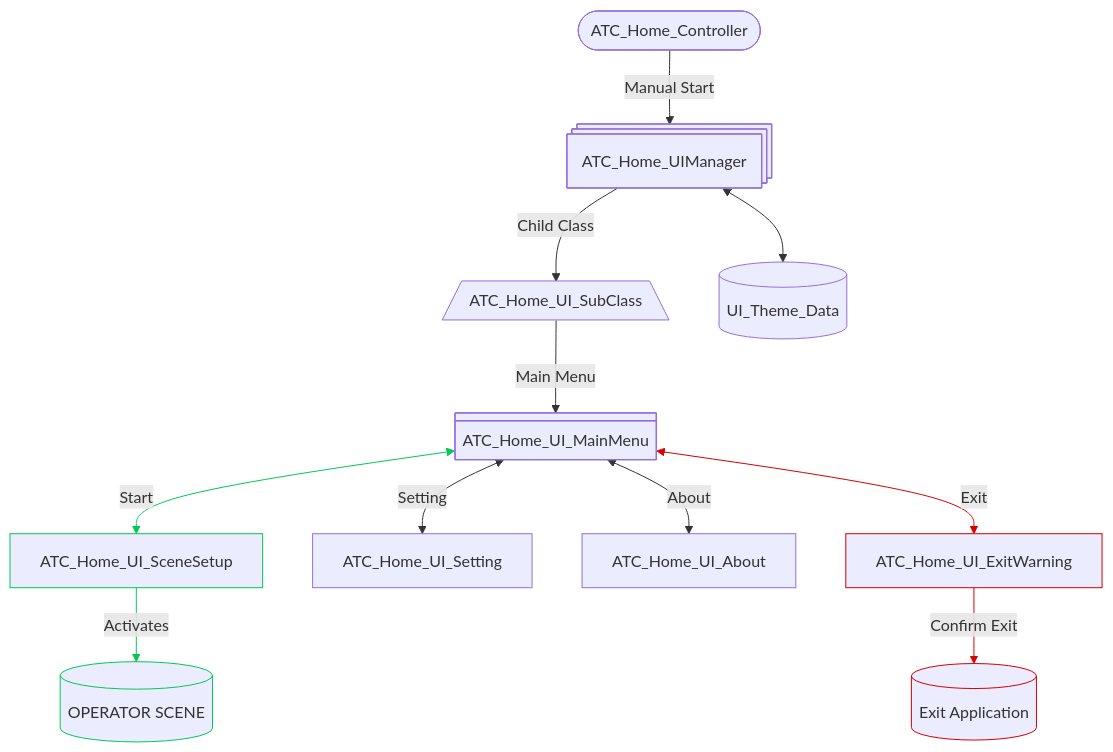
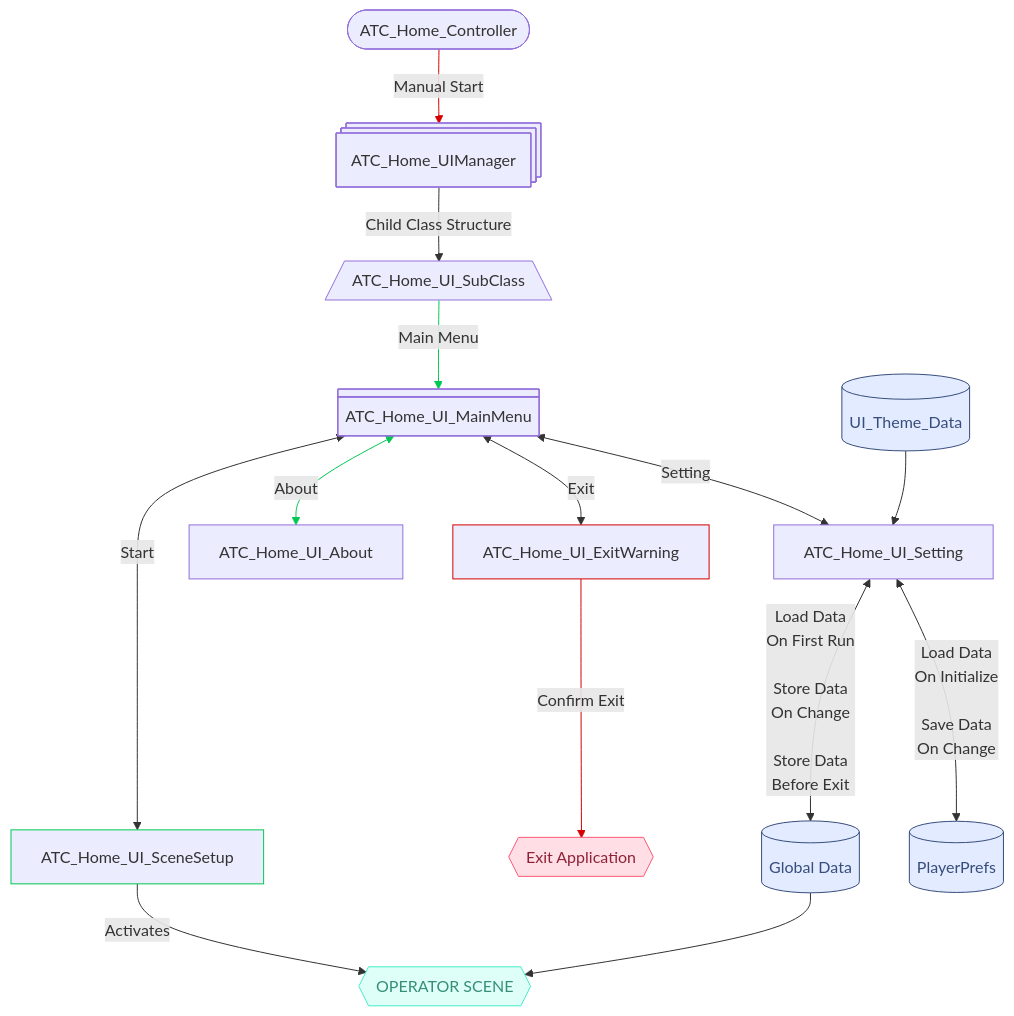
One commit to sabbirahmedsr/BAF-ATC-Test-UI-Toolkit-Operator-URP-U.6.1 changed the diagram in Assets/Script/ATC_Home/README.md. Above: the diagram before and after it, drawn with Mermaid. The commit also changed other lines of this file and 2 other files, not shown here.

Commit message:
Flow Chart Update

````diff
--- a/Assets/Script/ATC_Home/README.md
+++ b/Assets/Script/ATC_Home/README.md
@@ -7,27 +7,39 @@
 ```mermaid
 flowchart TD
-    A["ATC_Home_UIManager"] -- Child Class --> B["ATC_Home_UI_SubClass"]
-    B -- Main Menu --> C["ATC_Home_UI_MainMenu"]
-    C -- Start <--> E["ATC_Home_UI_SceneSetup"]
-    E -- Activates --> G[("OPERATOR SCENE")]
-    C -- Setting <--> D1["ATC_Home_UI_Setting"]
-    C -- About <--> D2["ATC_Home_UI_About"]
-    C -- Exit <--> D3["ATC_Home_UI_ExitWarning"]
-    D3 -- Confirm Exit --> F[("Exit Application")]
+    A["ATC_Home_UIManager"] -- Child Class Structure --> B["ATC_Home_UI_SubClass"]
+    C["ATC_Home_UI_MainMenu"] <-- Exit --> D3["ATC_Home_UI_ExitWarning"]
+    B -- Main Menu --> C
+    C <-- About --> D2["ATC_Home_UI_About"]
+    E["ATC_Home_UI_SceneSetup"] -- Activates --> G["OPERATOR SCENE"]
+    C <-- Setting --> D1["ATC_Home_UI_Setting"]
+    D3 -- Confirm Exit --> F["Exit Application"]
     n1(["ATC_Home_Controller"]) -- Manual Start --> A
-    A <--> n2["UI_Theme_Data"]
-
+    C <-- Start --> E
+    n2["UI_Theme_Data"] --> D1
+    D1 <-- Load Data<br>On First Run<br><br>Store Data<br>On Change<br><br>Store Data<br>Before Exit --> n3["Global Data"]
+    D1 <-- Load Data<br>On Initialize<br><br>Save Data<br>On Change --> n4["PlayerPrefs"]
+    n3 --> G
     A@{ shape: procs}
     B@{ shape: priority}
     C@{ shape: div-proc}
     D3@{ shape: rect}
+    G@{ shape: hex}
+    F@{ shape: hex}
     n2@{ shape: cyl}
+    n3@{ shape: cyl}
+    n4@{ shape: cyl}
+     G:::Aqua
+     F:::Rose
+     n2:::Sky
+     n3:::Sky
+     n4:::Sky
+    classDef Rose stroke-width:1px, stroke-dasharray:none, stroke:#FF5978, fill:#FFDFE5, color:#8E2236
+    classDef Aqua stroke-width:1px, stroke-dasharray:none, stroke:#46EDC8, fill:#DEFFF8, color:#378E7A
+    classDef Sky stroke-width:1px, stroke-dasharray:none, stroke:#374D7C, fill:#E2EBFF, color:#374D7C
+    style D3 stroke:#D50000
     style E stroke:#00C853
-    style G stroke:#00C853
-    style D3 stroke:#D50000
-    style F stroke:#D50000
     linkStyle 2 stroke:#00C853,fill:none
     linkStyle 3 stroke:#00C853,fill:none
     linkStyle 6 stroke:#D50000,fill:none
     linkStyle 7 stroke:#D50000,fill:none
 ```
````
